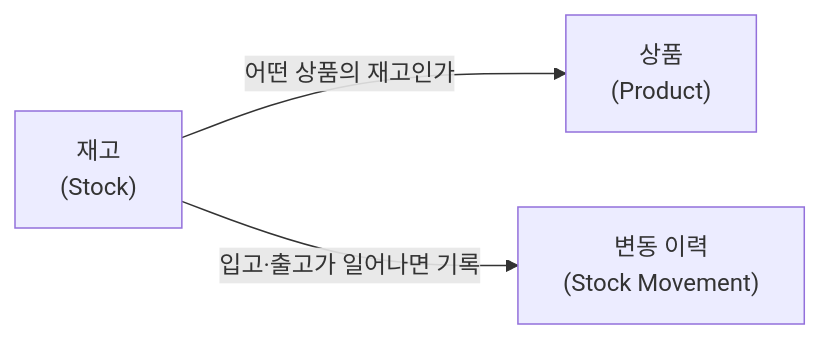
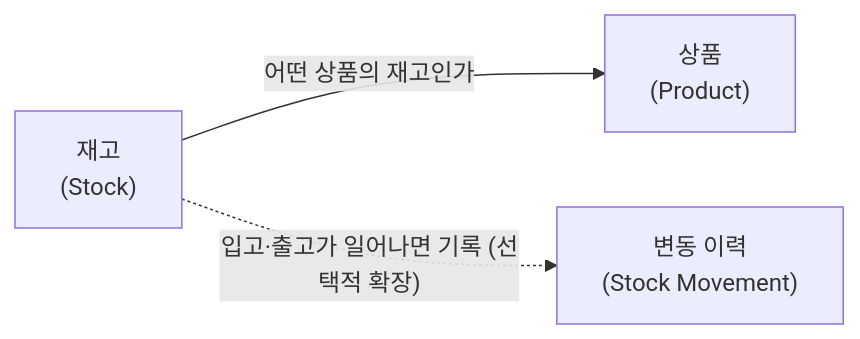
The diagram in docs/modeling/structure.md (JuJin1324/assignment-inventory-management), drawn with Mermaid before and after one commit. The commit also changed other lines of this file and 3 other files, not shown here.

````diff
--- a/docs/modeling/structure.md
+++ b/docs/modeling/structure.md
@@ -5,9 +5,9 @@
 ```mermaid
 graph LR
     Product["상품<br/>(Product)"]
     Stock["재고<br/>(Stock)"]
     Movement["변동 이력<br/>(Stock Movement)"]
 
     Stock -->|어떤 상품의 재고인가| Product
-    Stock -->|입고·출고가 일어나면 기록| Movement
+    Stock -.->|"입고·출고가 일어나면 기록 (선택적 확장)"| Movement
 ```
````
